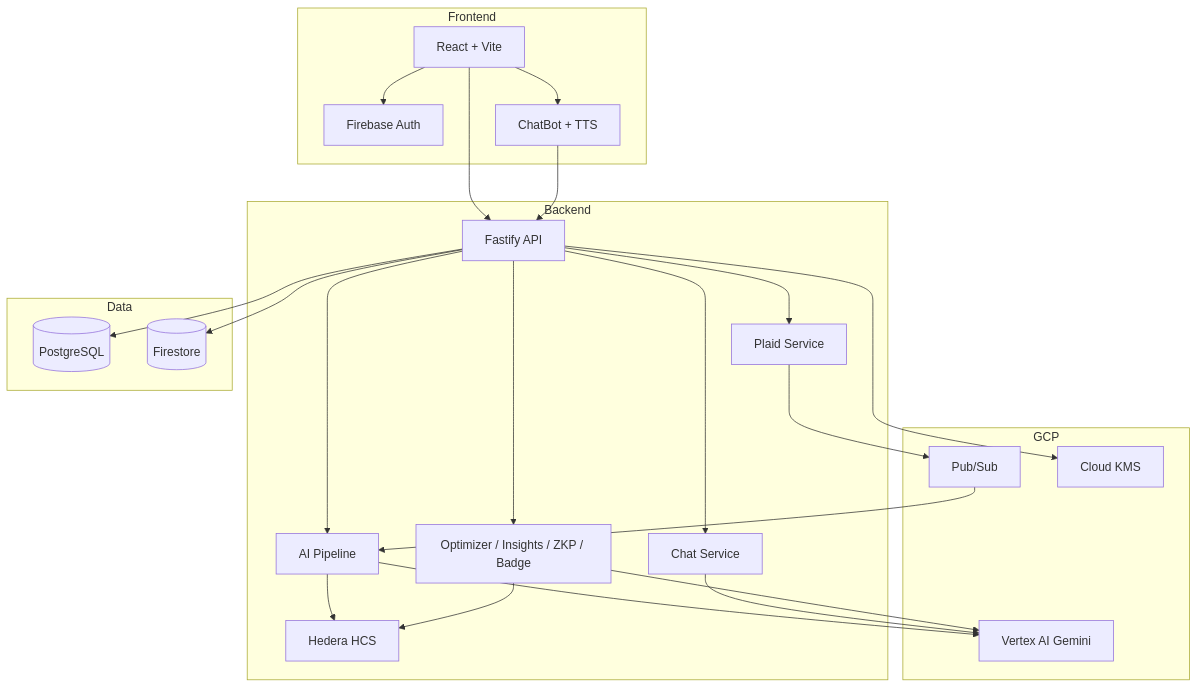
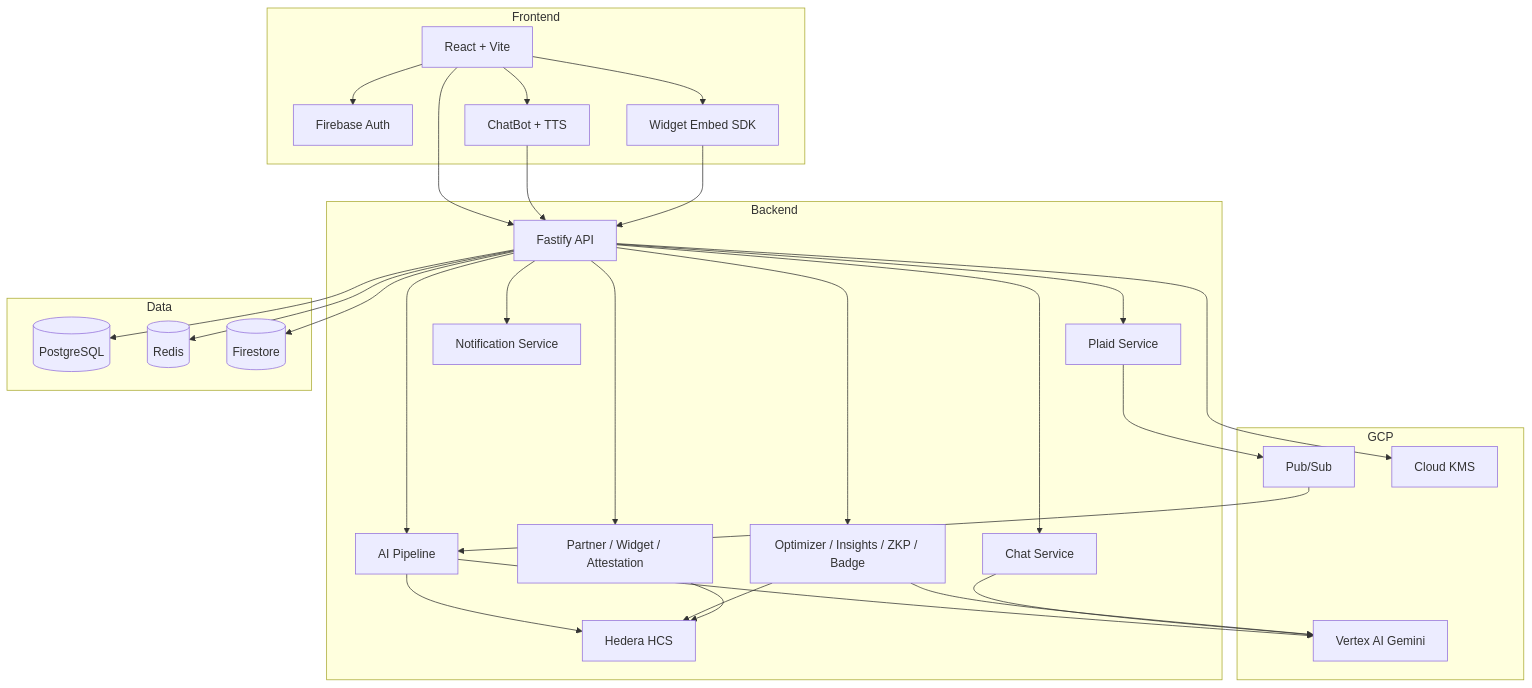
The diagram in README.md (manny-serrano/vivid), drawn with Mermaid before and after one commit. The commit also changed other lines of this file, not shown here.

````diff
--- a/README.md
+++ b/README.md
@@ -118,47 +191,57 @@
 ```mermaid
 flowchart TB
   subgraph Frontend
     React[React + Vite]
     FirebaseAuth[Firebase Auth]
     ChatBot[ChatBot + TTS]
+    Widgets[Widget Embed SDK]
     React --> FirebaseAuth
     React --> ChatBot
+    React --> Widgets
   end
 
   subgraph Backend
     Fastify[Fastify API]
     PlaidAPI[Plaid Service]
     AIPipeline[AI Pipeline]
     ChatService[Chat Service]
     Optimizer[Optimizer / Insights / ZKP / Badge]
+    PartnerSvc[Partner / Widget / Attestation]
+    NotifSvc[Notification Service]
     Hedera[Hedera HCS]
     Fastify --> PlaidAPI
     Fastify --> AIPipeline
     Fastify --> ChatService
     Fastify --> Optimizer
+    Fastify --> PartnerSvc
+    Fastify --> NotifSvc
     AIPipeline --> Hedera
     Optimizer --> Hedera
+    PartnerSvc --> Hedera
   end
 
   subgraph Data
     PostgreSQL[(PostgreSQL)]
+    Redis[(Redis)]
     Firestore[(Firestore)]
   end
 
   subgraph GCP
     PubSub[Pub/Sub]
     VertexAI[Vertex AI Gemini]
     KMS[Cloud KMS]
   end
 
   React --> Fastify
   ChatBot --> Fastify
+  Widgets --> Fastify
   Fastify --> PostgreSQL
+  Fastify --> Redis
   Fastify --> Firestore
   PlaidAPI --> PubSub
   PubSub --> AIPipeline
   AIPipeline --> VertexAI
   ChatService --> VertexAI
   Optimizer --> VertexAI
   Fastify --> KMS
 ```
````
